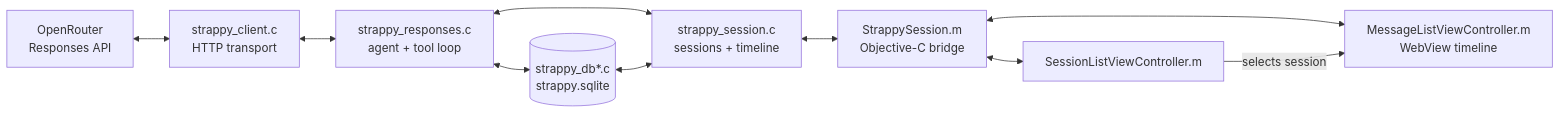
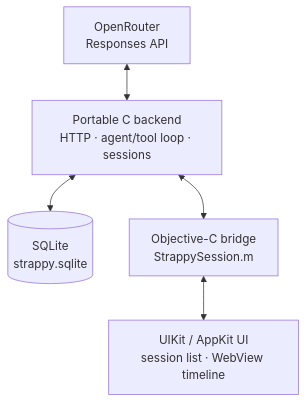
Before and after one commit to jeffreybergier/Strappy-Cocoa: the diagram in README.md, drawn with Mermaid. The commit also changed other lines of this file, not shown here.

````diff
--- a/README.md
+++ b/README.md
@@ -84,12 +90,7 @@
 ```mermaid
-flowchart LR
-    OpenRouter["OpenRouter<br/>Responses API"] <--> Client["strappy_client.c<br/>HTTP transport"]
-    Client <--> Responses["strappy_responses.c<br/>agent + tool loop"]
-    Responses <--> DB[("strappy_db*.c<br/>strappy.sqlite")]
-    Responses <--> SessionCore["strappy_session.c<br/>sessions + timeline"]
-    DB <--> SessionCore
-    SessionCore <--> Bridge["StrappySession.m<br/>Objective-C bridge"]
-    Bridge <--> Sessions["SessionListViewController.m"]
-    Bridge <--> Messages["MessageListViewController.m<br/>WebView timeline"]
-    Sessions -->|selects session| Messages
+flowchart TB
+    OpenRouter["OpenRouter<br/>Responses API"] <--> Core["Portable C backend<br/>HTTP · agent/tool loop · sessions"]
+    Core <--> DB[("SQLite<br/>strappy.sqlite")]
+    Core <--> Bridge["Objective-C bridge<br/>StrappySession.m"]
+    Bridge <--> UI["UIKit / AppKit UI<br/>session list · WebView timeline"]
 ```
````
